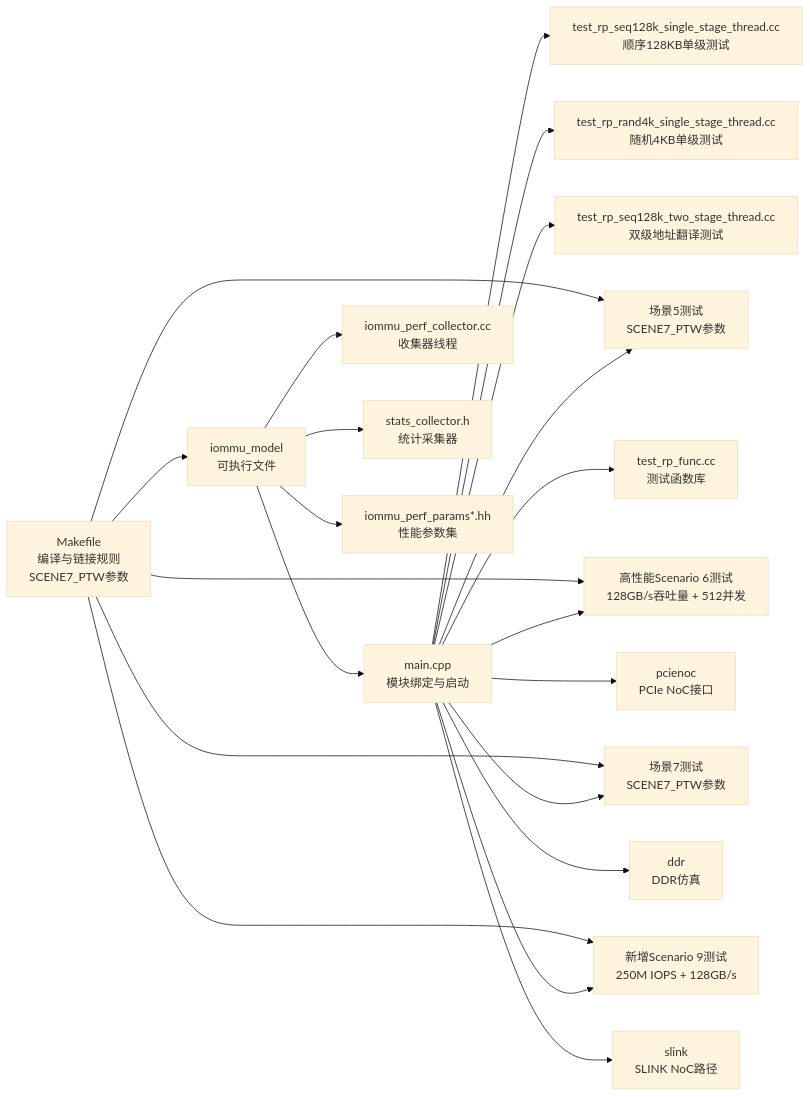
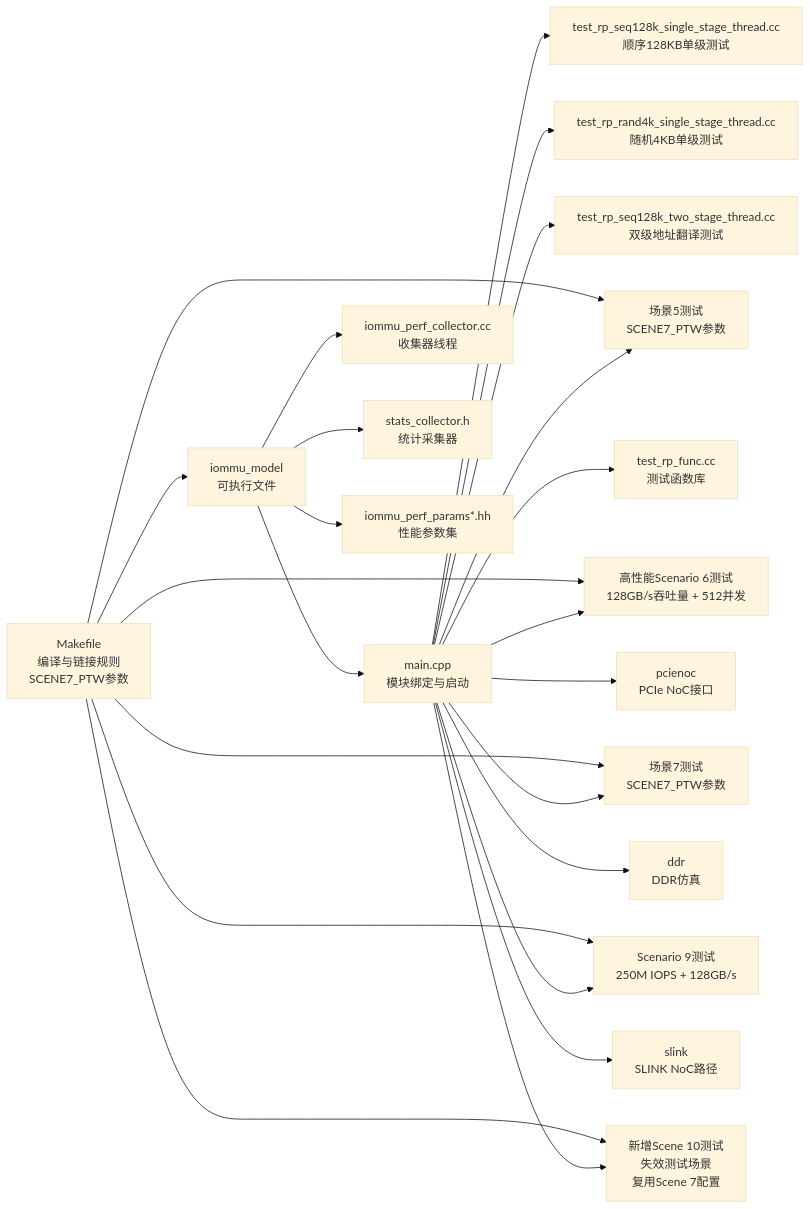
Before and after one commit to jiangjiang1122/iommu_model_20260401_v1: the sixth of 6 diagrams in .qoder/repowiki/zh/content/性能模型/性能基准测试.md, drawn with Mermaid (base theme). The commit also changed other lines of this file and 159 other files, not shown here.

Commit message:
chore: 更新知识库文档 + 新增PTW并发分析图表与数据文件

````diff
--- a/.qoder/repowiki/zh/content/性能模型/性能基准测试.md
+++ b/.qoder/repowiki/zh/content/性能模型/性能基准测试.md
@@ -452,23 +466,25 @@
 ```mermaid
 graph LR
 MK["Makefile<br/>编译与链接规则<br/>SCENE7_PTW参数"] --> BIN["iommu_model<br/>可执行文件"]
 BIN --> MAIN["main.cpp<br/>模块绑定与启动"]
 MAIN --> SCENE1["test_rp_seq128k_single_stage_thread.cc<br/>顺序128KB单级测试"]
 MAIN --> SCENE2["test_rp_rand4k_single_stage_thread.cc<br/>随机4KB单级测试"]
 MAIN --> SCENE3["test_rp_seq128k_two_stage_thread.cc<br/>双级地址翻译测试"]
 MAIN --> SCENE5["场景5测试<br/>SCENE7_PTW参数"]
 MAIN --> SCENE6["高性能Scenario 6测试<br/>128GB/s吞吐量 + 512并发"]
 MAIN --> SCENE7["场景7测试<br/>SCENE7_PTW参数"]
-MAIN --> SCENE9["新增Scenario 9测试<br/>250M IOPS + 128GB/s"]
+MAIN --> SCENE9["Scenario 9测试<br/>250M IOPS + 128GB/s"]
+MAIN --> SCENE10["新增Scene 10测试<br/>失效测试场景<br/>复用Scene 7配置"]
 MAIN --> FUNC["test_rp_func.cc<br/>测试函数库"]
 MAIN --> PCIE["pcienoc<br/>PCIe NoC接口"]
 MAIN --> DDR["ddr<br/>DDR仿真"]
 MAIN --> SLINK["slink<br/>SLINK NoC路径"]
 BIN --> COL["iommu_perf_collector.cc<br/>收集器线程"]
 BIN --> STATS["stats_collector.h<br/>统计采集器"]
 BIN --> PARAMS["iommu_perf_params*.hh<br/>性能参数集"]
 MK --> SCENE5
 MK --> SCENE6
 MK --> SCENE7
 MK --> SCENE9
+MK --> SCENE10
 ```
````
